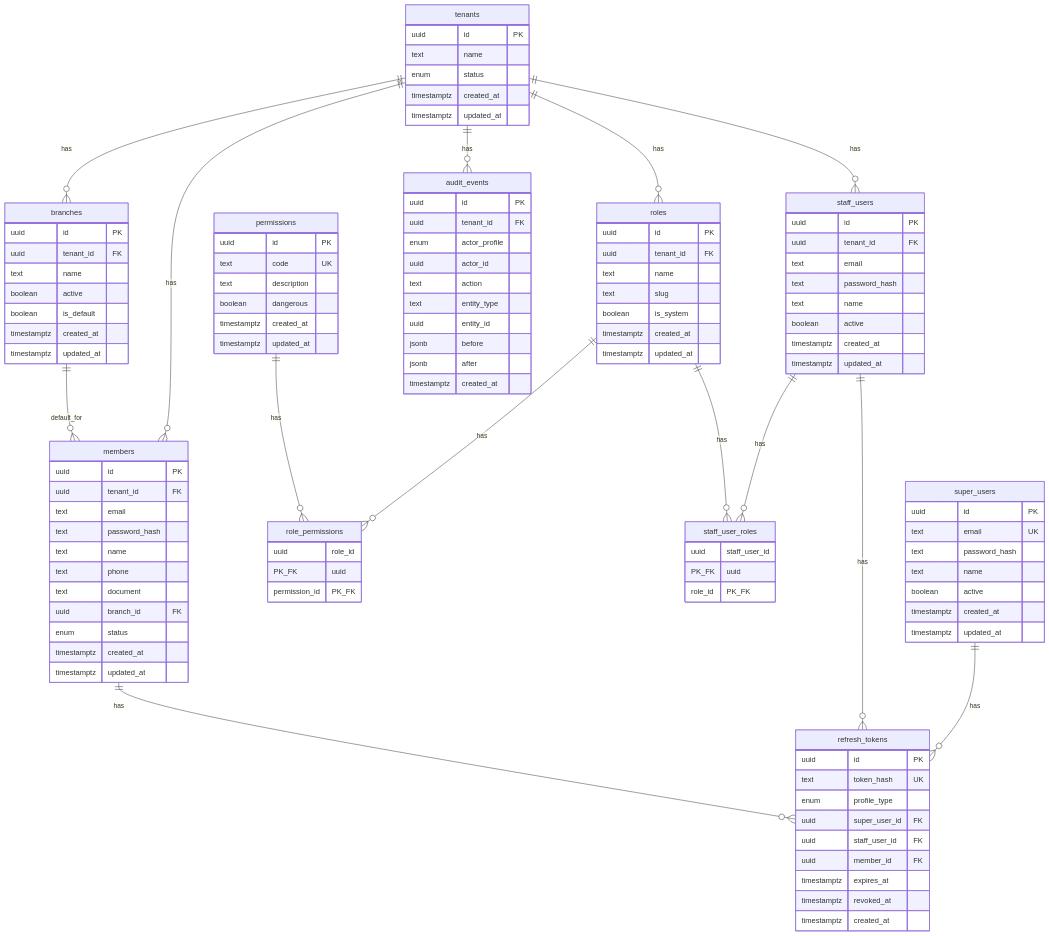
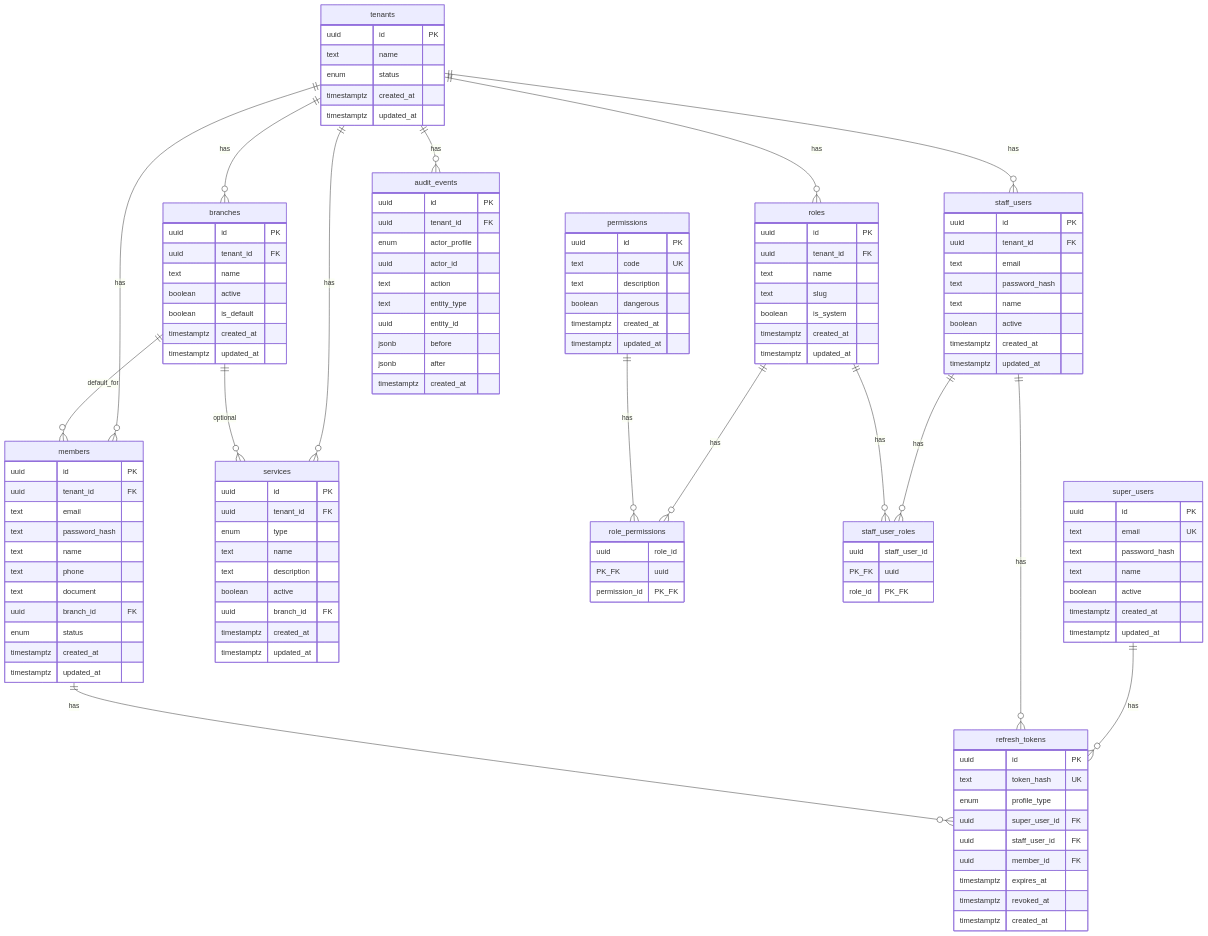
The diagram in docs/09-esquema-db.md (LucianoMocchegiani/gym-bro), drawn with Mermaid before and after one commit. The commit also changed other lines of this file and 15 other files, not shown here.

First line of the commit message:
feat(api): add catalog services CRUD for gym tenants

```diff
--- a/docs/09-esquema-db.md
+++ b/docs/09-esquema-db.md
@@ -29,6 +29,8 @@
   tenants ||--o{ members : has
   tenants ||--o{ branches : has
   tenants ||--o{ roles : has
+  tenants ||--o{ services : has
+  branches ||--o{ services : optional
   tenants ||--o{ audit_events : has
   branches ||--o{ members : default_for
   roles ||--o{ role_permissions : has
@@ -134,6 +136,18 @@
     timestamptz updated_at
   }
 
+  services {
+    uuid id PK
+    uuid tenant_id FK
+    enum type
+    text name
+    text description
+    boolean active
+    uuid branch_id FK
+    timestamptz created_at
+    timestamptz updated_at
+  }
+
   refresh_tokens {
     uuid id PK
     text token_hash UK
```
